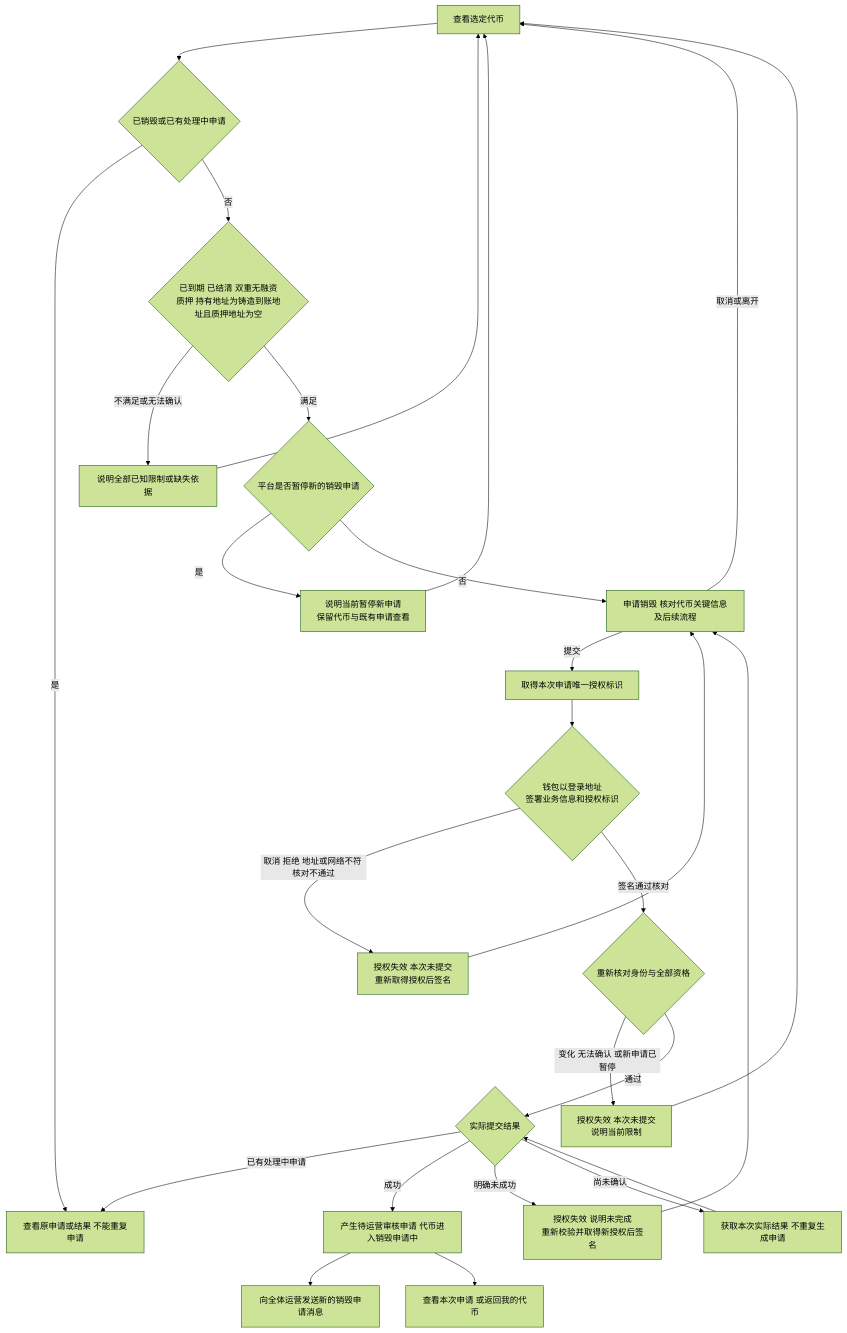
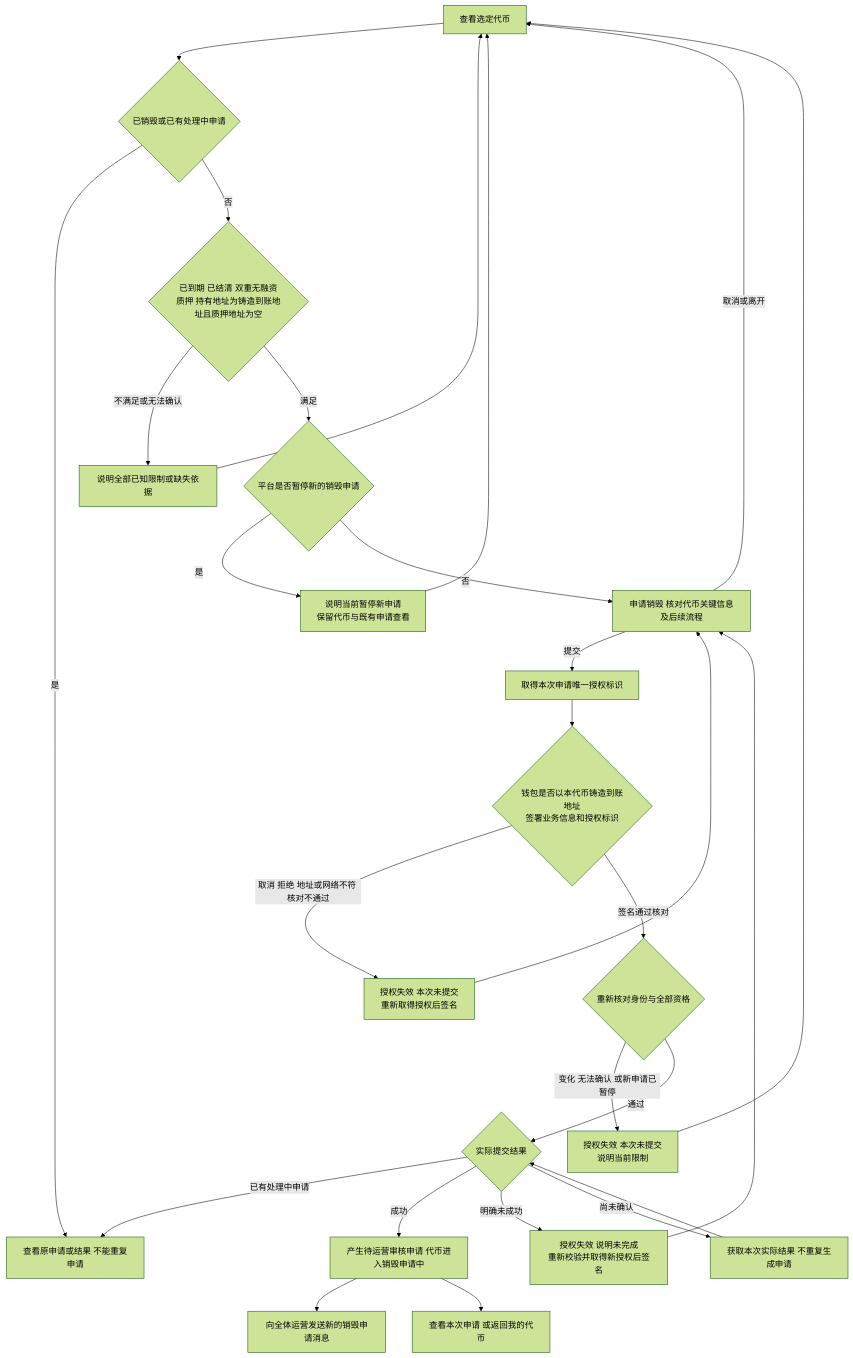
One commit to wxblockchain/Chain-Financing changed the second of 4 diagrams in token-issuance-platform/PRD/面客端/M4a-我的代币与销毁申请/02-我的代币与销毁申请-流程图与状态机.md. Above: the diagram before and after it, drawn with Mermaid (forest theme). The commit also changed other lines of this file and 11 other files, not shown here.

````diff
--- a/token-issuance-platform/PRD/面客端/M4a-我的代币与销毁申请/02-我的代币与销毁申请-流程图与状态机.md
+++ b/token-issuance-platform/PRD/面客端/M4a-我的代币与销毁申请/02-我的代币与销毁申请-流程图与状态机.md
@@ -42,29 +42,29 @@
 ```mermaid
 flowchart TD
     A[查看选定代币] --> B{已销毁或已有处理中申请}
     B -->|是| C[查看原申请或结果 不能重复申请]
     B -->|否| D{已到期 已结清 双重无融资质押 持有地址为铸造到账地址且质押地址为空}
     D -->|不满足或无法确认| E[说明全部已知限制或缺失依据]
     E --> A
     D -->|满足| P{平台是否暂停新的销毁申请}
     P -->|是| Q[说明当前暂停新申请<br/>保留代币与既有申请查看]
     Q --> A
     P -->|否| F[申请销毁 核对代币关键信息及后续流程]
     F -->|取消或离开| A
     F -->|提交| R[取得本次申请唯一授权标识]
-    R --> S{钱包以登录地址<br/>签署业务信息和授权标识}
+    R --> S{钱包是否以本代币铸造到账地址<br/>签署业务信息和授权标识}
     S -->|取消 拒绝 地址或网络不符 核对不通过| T[授权失效 本次未提交<br/>重新取得授权后签名]
     T --> F
     S -->|签名通过核对| G{重新核对身份与全部资格}
     G -->|变化 无法确认 或新申请已暂停| H[授权失效 本次未提交<br/>说明当前限制]
     H --> A
     G -->|通过| I{实际提交结果}
     I -->|已有处理中申请| C
     I -->|成功| J[产生待运营审核申请 代币进入销毁申请中]
     J --> K[向全体运营发送新的销毁申请消息]
     J --> L[查看本次申请 或返回我的代币]
     I -->|明确未成功| M[授权失效 说明未完成<br/>重新校验并取得新授权后签名]
     M --> F
     I -->|尚未确认| N[获取本次实际结果 不重复生成申请]
     N --> I
 ```
````
